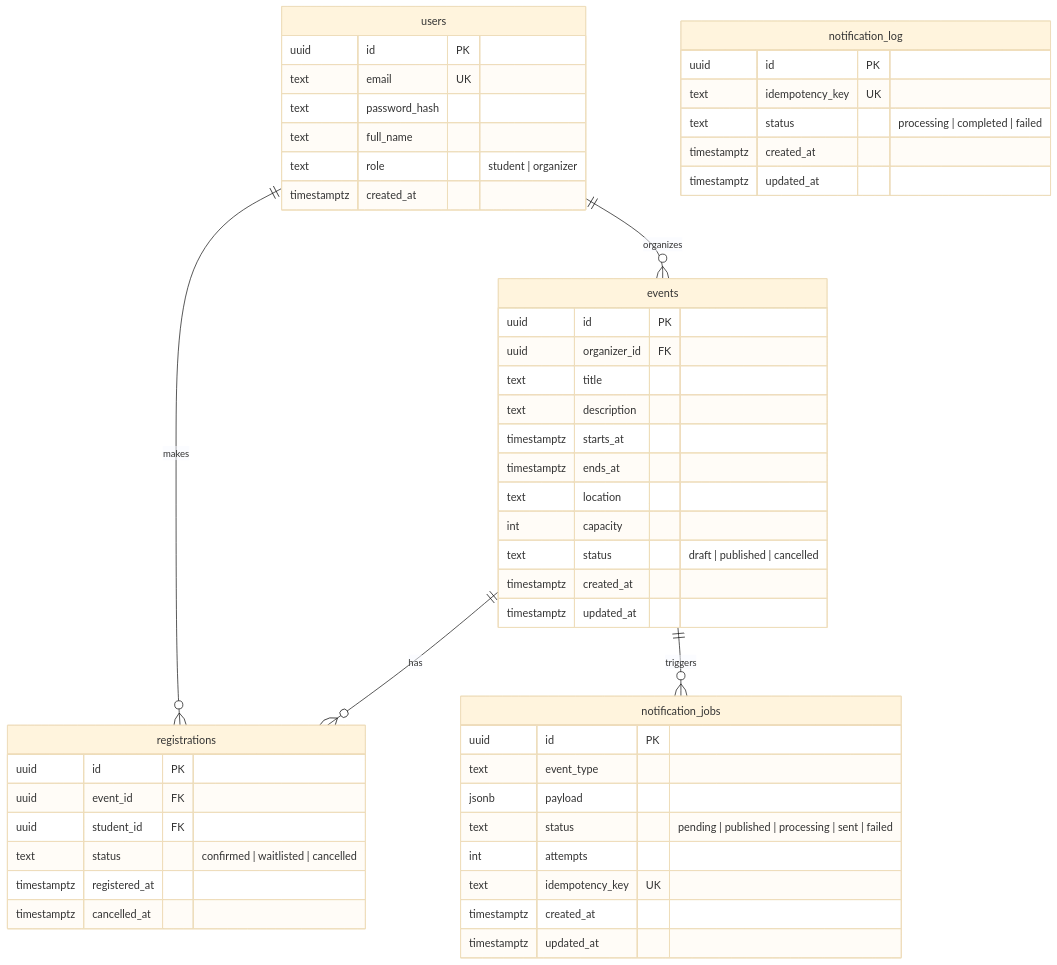
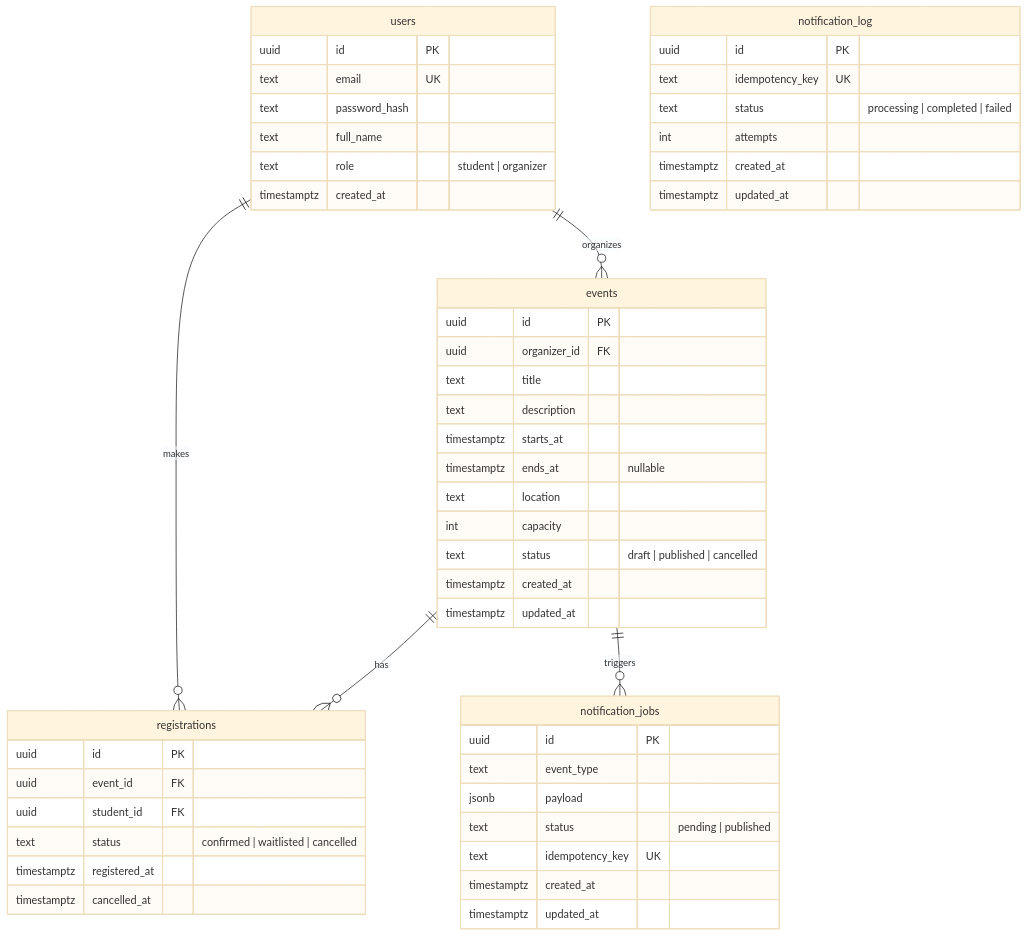
One commit to hefest2026/hefest-docs changed the second of 8 diagrams in docs/superpowers/specs/2026-06-16-backend-architecture-design.md. Above: the diagram before and after it, drawn with Mermaid (base theme). The commit also changed other lines of this file, not shown here.

````diff
--- a/docs/superpowers/specs/2026-06-16-backend-architecture-design.md
+++ b/docs/superpowers/specs/2026-06-16-backend-architecture-design.md
@@ -143,54 +143,54 @@
 ```mermaid
 erDiagram
     users {
         uuid id PK
         text email UK
         text password_hash
         text full_name
         text role "student | organizer"
         timestamptz created_at
     }
     events {
         uuid id PK
         uuid organizer_id FK
         text title
         text description
         timestamptz starts_at
-        timestamptz ends_at
+        timestamptz ends_at "nullable"
         text location
         int capacity
         text status "draft | published | cancelled"
         timestamptz created_at
         timestamptz updated_at
     }
     registrations {
         uuid id PK
         uuid event_id FK
         uuid student_id FK
         text status "confirmed | waitlisted | cancelled"
         timestamptz registered_at
         timestamptz cancelled_at
     }
     notification_jobs {
         uuid id PK
         text event_type
         jsonb payload
-        text status "pending | published | processing | sent | failed"
-        int attempts
+        text status "pending | published"
         text idempotency_key UK
         timestamptz created_at
         timestamptz updated_at
     }
     notification_log {
         uuid id PK
         text idempotency_key UK
         text status "processing | completed | failed"
+        int attempts
         timestamptz created_at
         timestamptz updated_at
     }
 
     users ||--o{ events : "organizes"
     users ||--o{ registrations : "makes"
     events ||--o{ registrations : "has"
     events ||--o{ notification_jobs : "triggers"
 ```
````
